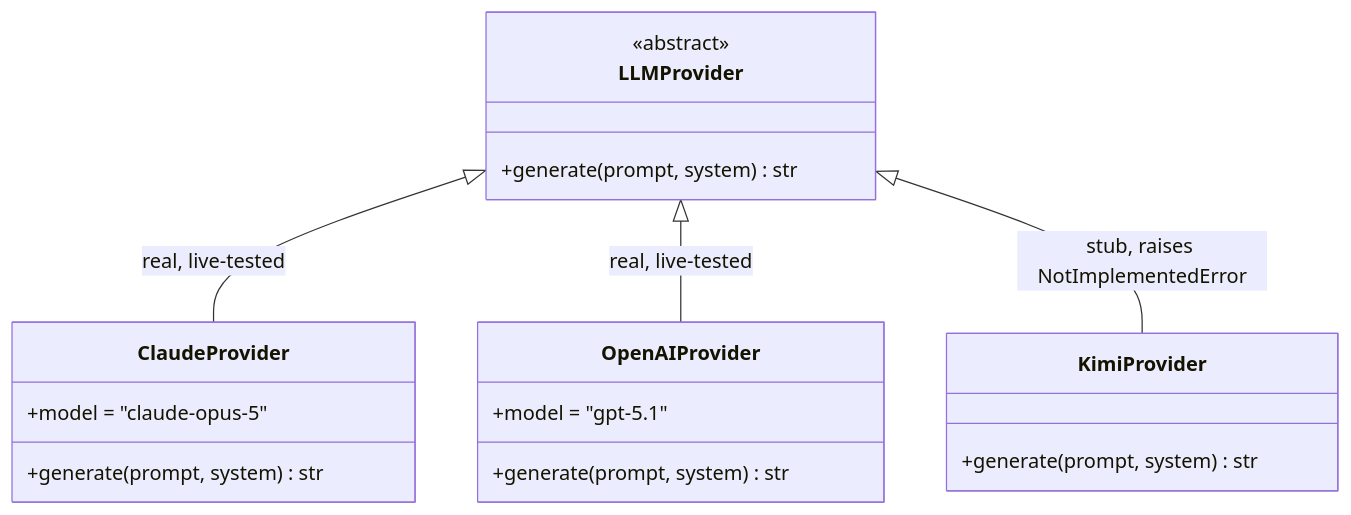
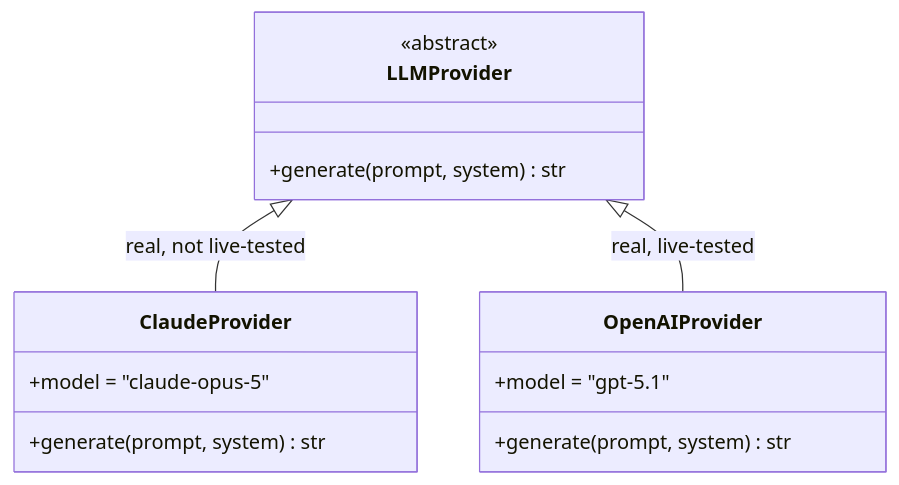
One commit to HungryBrain-bot/attackKnowledgeGraph changed the diagram in docs/decisions/004-llm-provider-abstraction.md. Above: the diagram before and after it, drawn with Mermaid. The commit also changed other lines of this file and 3 other files, not shown here.

First line of the commit message:
refactor: remove KimiProvider stub and unreferenced helpers

````diff
--- a/docs/decisions/004-llm-provider-abstraction.md
+++ b/docs/decisions/004-llm-provider-abstraction.md
@@ -59,21 +59,17 @@
 ```mermaid
 classDiagram
     class LLMProvider {
         <<abstract>>
         +generate(prompt, system) str
     }
     class ClaudeProvider {
         +model = "claude-opus-5"
         +generate(prompt, system) str
     }
     class OpenAIProvider {
         +model = "gpt-5.1"
         +generate(prompt, system) str
     }
-    class KimiProvider {
-        +generate(prompt, system) str
-    }
-    LLMProvider <|-- ClaudeProvider : real, live-tested
+    LLMProvider <|-- ClaudeProvider : real, not live-tested
     LLMProvider <|-- OpenAIProvider : real, live-tested
-    LLMProvider <|-- KimiProvider : stub, raises NotImplementedError
 ```
````
